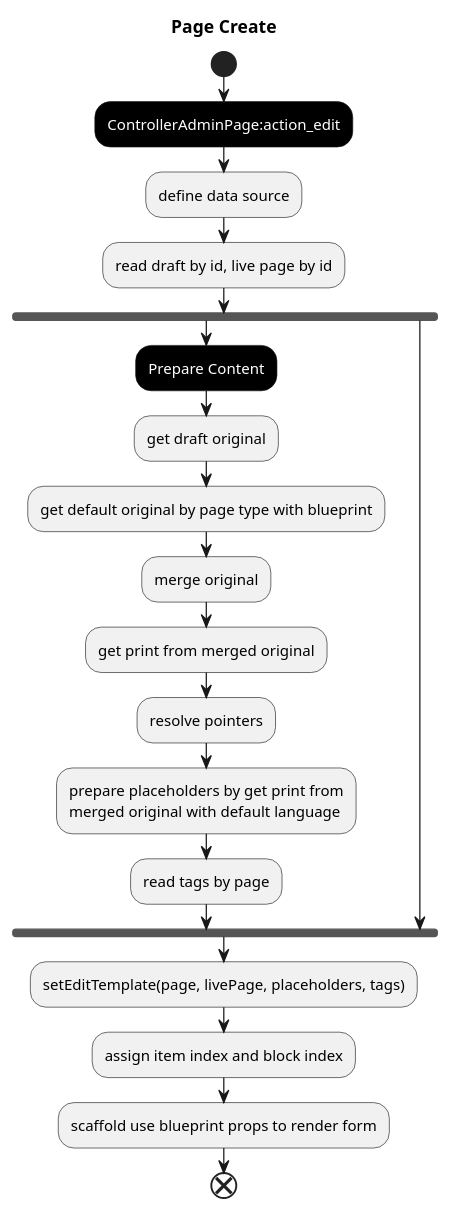
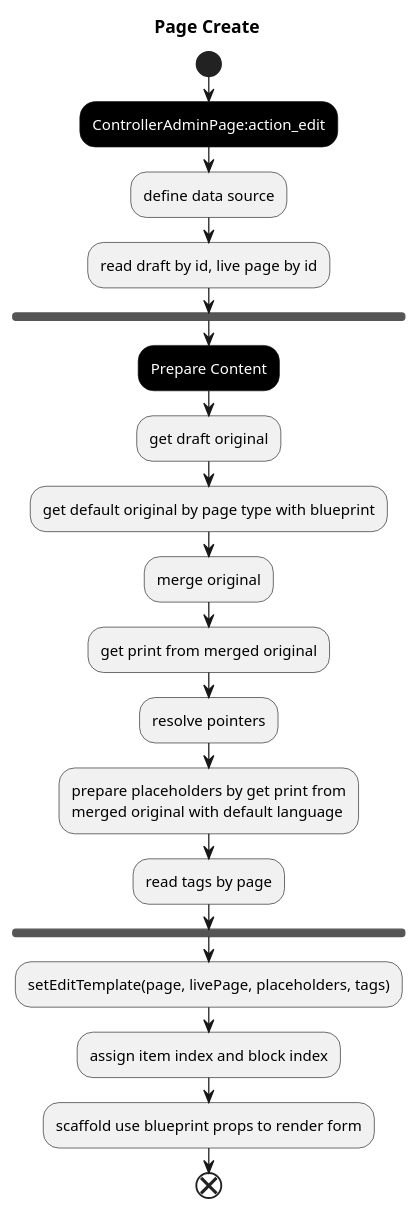
The diagram in spec/page-edit.puml (LionRockJS/mod-admin-cms), drawn with PlantUML before and after one commit. The commit also changed 5 other files, not shown here.

```diff
--- a/spec/page-edit.puml
+++ b/spec/page-edit.puml
@@ -1,43 +1,40 @@
 @startuml
 skinparam Shadowing false
 
 title Page Create
 
 start
 
 #000:<color:#FFF>ControllerAdminPage:action_edit</color>;
 :define data source;
 :read draft by id, live page by id;
 
 fork
 #000:<color:#FFF>Prepare Content</color>;
 :get draft original;
 :get default original by page type with blueprint;
 
 :merge original;
 :get print from merged original;
 
 :resolve pointers;
 :prepare placeholders by get print from
 merged original with default language;
 
 :read tags by page;
 
-fork again
-
-
 
 end fork
 
 :setEditTemplate(page, livePage, placeholders, tags);
 
 :assign item index and block index;
 
 :scaffold use blueprint props to render form;
 
 end
 
 
 
 
 @enduml
```
